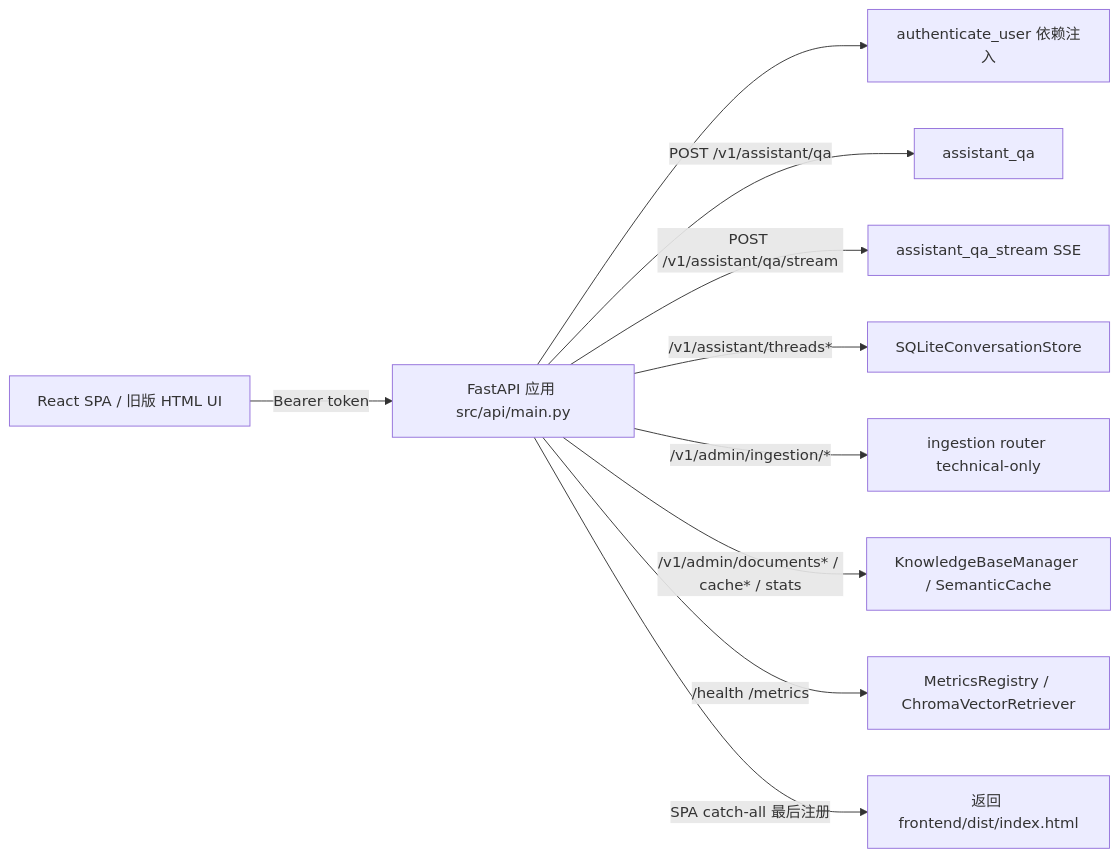
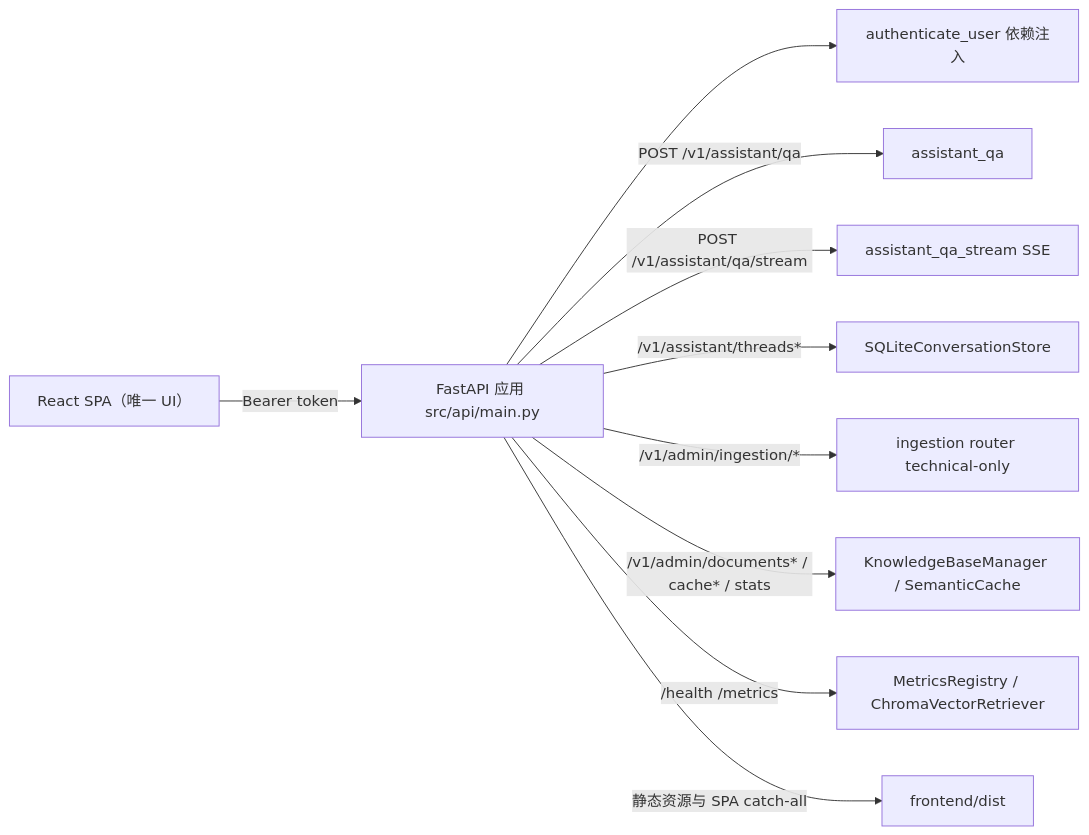
The first of 2 diagrams in openwiki/architecture/api-surface.md (jaronlu/SecRAG), drawn with Mermaid before and after one commit. The commit also changed other lines of this file and 25 other files, not shown here.

````diff
--- a/openwiki/architecture/api-surface.md
+++ b/openwiki/architecture/api-surface.md
@@ -53,12 +59,12 @@
 ```mermaid
 flowchart LR
-    FE["React SPA / 旧版 HTML UI"] -->|"Bearer token"| API["FastAPI 应用 src/api/main.py"]
+    FE["React SPA（唯一 UI）"] -->|"Bearer token"| API["FastAPI 应用 src/api/main.py"]
     API --> AUTH["authenticate_user 依赖注入"]
     API -->|"POST /v1/assistant/qa"| QA["assistant_qa"]
     API -->|"POST /v1/assistant/qa/stream"| SSE["assistant_qa_stream SSE"]
     API -->|"/v1/assistant/threads*"| THR["SQLiteConversationStore"]
     API -->|"/v1/admin/ingestion/*"| ING["ingestion router technical-only"]
     API -->|"/v1/admin/documents* / cache* / stats"| ADM["KnowledgeBaseManager / SemanticCache"]
     API -->|"/health /metrics"| OBS["MetricsRegistry / ChromaVectorRetriever"]
-    API -->|"SPA catch-all 最后注册"| SPA["返回 frontend/dist/index.html"]
+    API -->|"静态资源与 SPA catch-all"| SPA["frontend/dist"]
 ```
````
